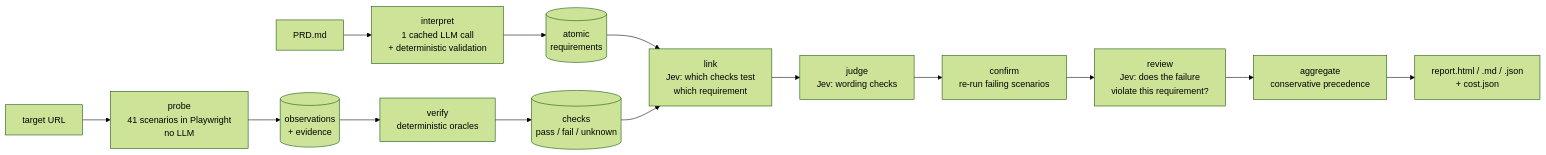
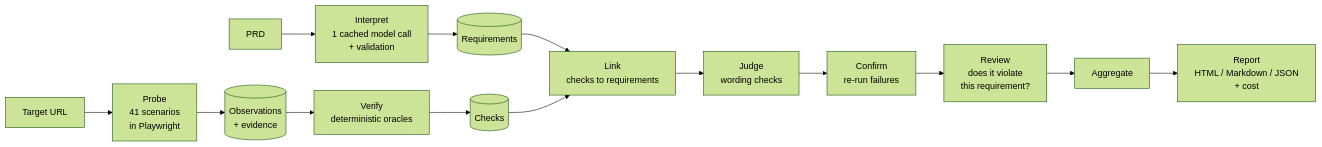
One commit to shassshank/Agentic-QA-Hackathon changed the diagram in agent/README.md. Above: the diagram before and after it, drawn with Mermaid (forest theme). The commit also changed other lines of this file and 2 other files, not shown here.

````diff
--- a/agent/README.md
+++ b/agent/README.md
@@ -33,16 +74,16 @@
 ```mermaid
 flowchart LR
-    PRD[PRD.md] --> I[interpret<br/>1 cached LLM call<br/>+ deterministic validation]
-    I --> C[(atomic<br/>requirements)]
-    URL[target URL] --> P[probe<br/>41 scenarios in Playwright<br/>no LLM]
-    P --> O[(observations<br/>+ evidence)]
-    O --> V[verify<br/>deterministic oracles]
-    V --> K[(checks<br/>pass / fail / unknown)]
-    C --> L[link<br/>Jev: which checks test<br/>which requirement]
+    PRD[PRD] --> I[Interpret<br/>1 cached model call<br/>+ validation]
+    I --> C[(Requirements)]
+    URL[Target URL] --> P[Probe<br/>41 scenarios<br/>in Playwright]
+    P --> O[(Observations<br/>+ evidence)]
+    O --> V[Verify<br/>deterministic oracles]
+    V --> K[(Checks)]
+    C --> L[Link<br/>checks to requirements]
     K --> L
-    L --> J[judge<br/>Jev: wording checks]
-    J --> F[confirm<br/>re-run failing scenarios]
-    F --> R[review<br/>Jev: does the failure<br/>violate this requirement?]
-    R --> A[aggregate<br/>conservative precedence]
-    A --> REP[report.html / .md / .json<br/>+ cost.json]
+    L --> J[Judge<br/>wording checks]
+    J --> F[Confirm<br/>re-run failures]
+    F --> R[Review<br/>does it violate<br/>this requirement?]
+    R --> A[Aggregate]
+    A --> REP[Report<br/>HTML / Markdown / JSON<br/>+ cost]
 ```
````
